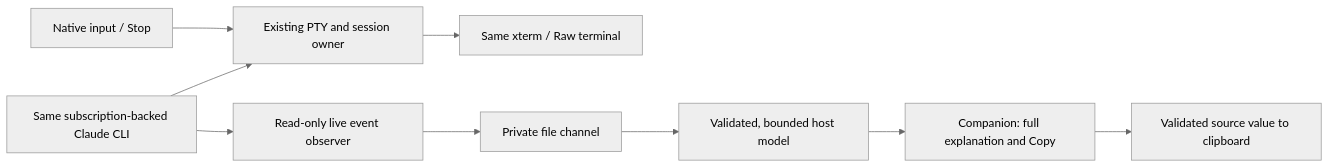
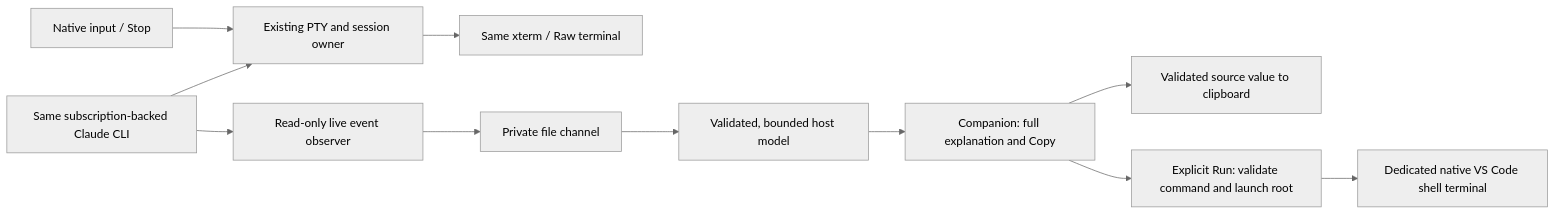
One commit to glitchwerks/vscode-claude-workspaces changed the diagram in docs/designs/215/design_draft.md. Above: the diagram before and after it, drawn with Mermaid (neutral theme). The commit also changed other lines of this file and 3 other files, not shown here.

Commit message:
docs: add #215 dedicated-terminal Run amendment

````diff
--- a/docs/designs/215/design_draft.md
+++ b/docs/designs/215/design_draft.md
@@ -57,11 +62,13 @@
 ```mermaid
 flowchart LR
   CLI[Same subscription-backed Claude CLI] --> PTY[Existing PTY and session owner]
   PTY --> RAW[Same xterm / Raw terminal]
   CLI --> MOD[Read-only live event observer]
   MOD --> CHANNEL[Private file channel]
   CHANNEL --> MODEL[Validated, bounded host model]
   MODEL --> VIEW[Companion: full explanation and Copy]
   VIEW --> COPY[Validated source value to clipboard]
+  VIEW --> RUN[Explicit Run: validate command and launch root]
+  RUN --> SHELL[Dedicated native VS Code shell terminal]
   STOP[Native input / Stop] --> PTY
 ```
````
